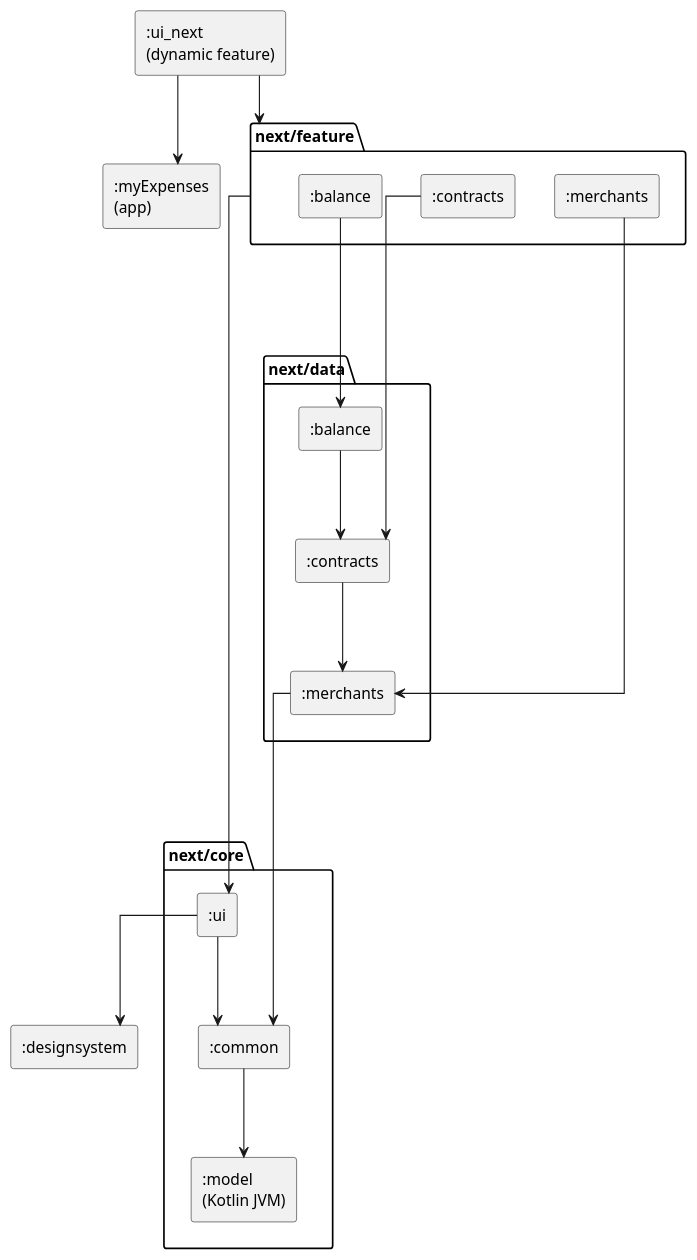
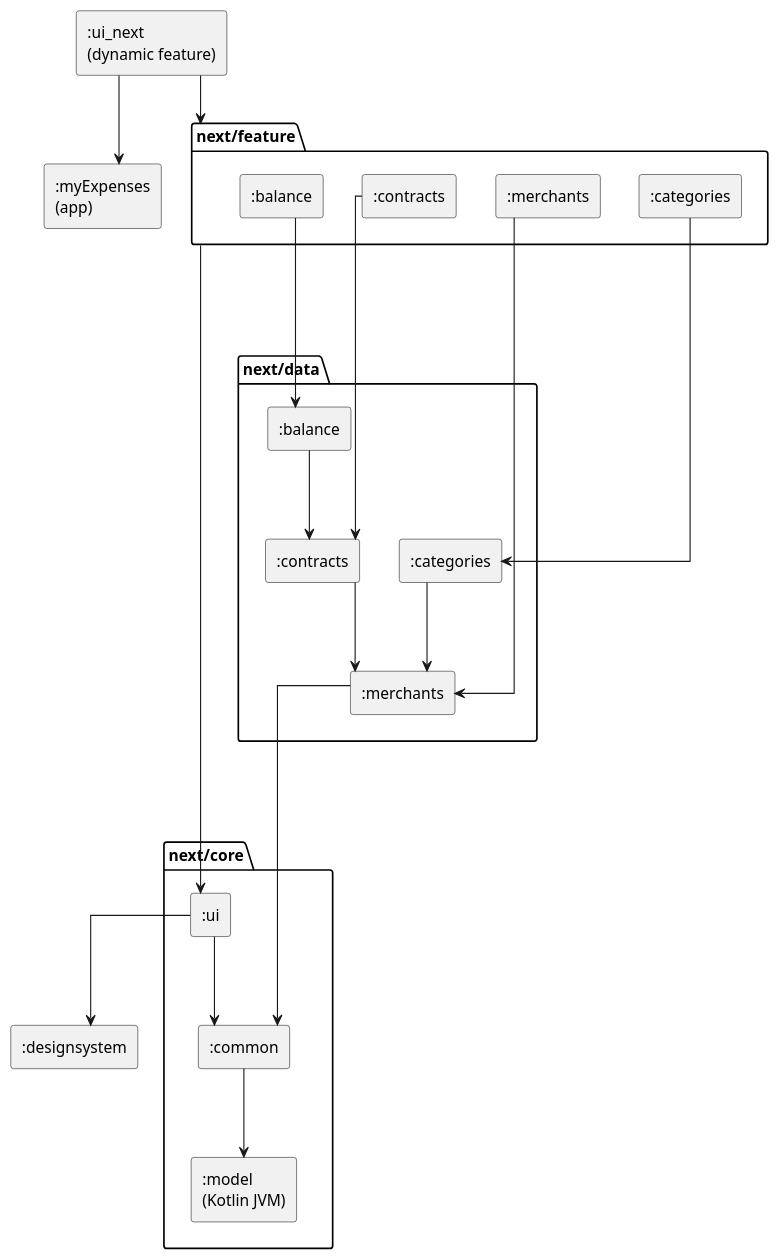
One commit to castn/MyExpenses changed the diagram in ui_next/modules.puml. Above: the diagram before and after it, drawn with PlantUML. The commit also changed 10 other files, not shown here.

```diff
--- a/ui_next/modules.puml
+++ b/ui_next/modules.puml
@@ -1,49 +1,53 @@
 @startuml modules
 ' Generated by the task moduleGraph of build-logic (ModuleGraphPlugin), do not edit.
 ' Dependencies between the modules of the new UI, rule `mod-diagram` of ARCHITECTURE.md.
 ' An edge that follows from a longer path is left out.
 ' An edge from or to a package stands for an edge from or to every module in it.
 skinparam componentStyle rectangle
 skinparam linetype ortho
 skinparam ranksep 80
 top to bottom direction
 
 [:designsystem] as mDesignsystem
 [:myExpenses\n(app)] as mMyExpenses
 [:ui_next\n(dynamic feature)] as mUiNext
 
 package "next/core" as pNextCore {
     [:common] as mNextCoreCommon
     [:model\n(Kotlin JVM)] as mNextCoreModel
     [:ui] as mNextCoreUi
 }
 
 package "next/data" as pNextData {
     [:balance] as mNextDataBalance
+    [:categories] as mNextDataCategories
     [:contracts] as mNextDataContracts
     [:merchants] as mNextDataMerchants
 }
 
 package "next/feature" as pNextFeature {
     [:balance] as mNextFeatureBalance
+    [:categories] as mNextFeatureCategories
     [:contracts] as mNextFeatureContracts
     [:merchants] as mNextFeatureMerchants
 }
 
 ' Layout only
 mNextDataMerchants -[hidden]--> pNextCore
 mNextFeatureMerchants -[hidden]--> pNextData
 
 mUiNext --> pNextFeature
 pNextFeature --> mNextCoreUi
 mNextCoreCommon --> mNextCoreModel
 mNextCoreUi --> mDesignsystem
 mNextCoreUi --> mNextCoreCommon
 mNextDataBalance --> mNextDataContracts
+mNextDataCategories --> mNextDataMerchants
 mNextDataContracts --> mNextDataMerchants
 mNextDataMerchants --> mNextCoreCommon
 mNextFeatureBalance --> mNextDataBalance
+mNextFeatureCategories --> mNextDataCategories
 mNextFeatureContracts --> mNextDataContracts
 mNextFeatureMerchants --> mNextDataMerchants
 mUiNext --> mMyExpenses
 @enduml
```
